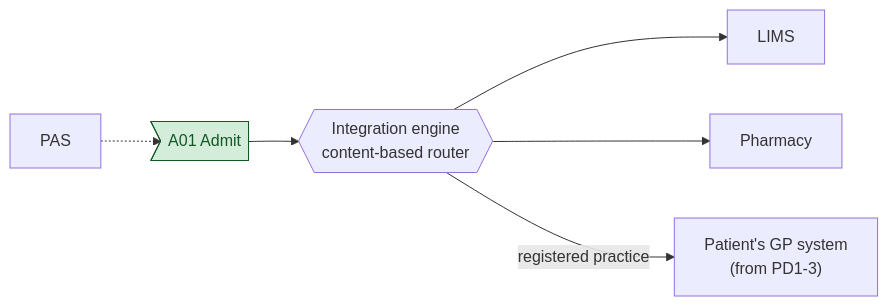
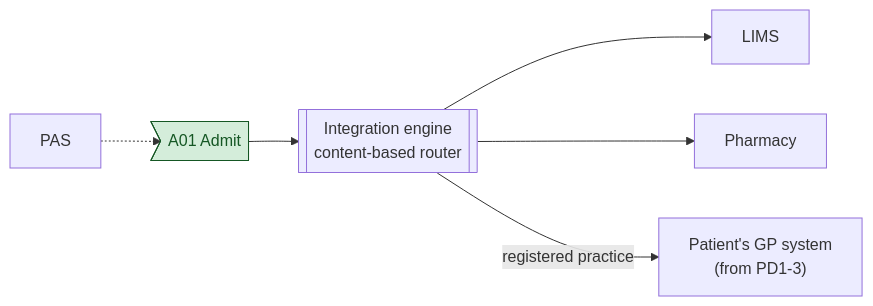
Before and after one commit to nw-gmsa/IHEUK-PAM-Unofficial: the eighth of 12 diagrams in input/pagecontent/overview.md, drawn with Mermaid. The commit also changed other lines of this file, not shown here.

First line of the commit message:
Fix overview Mermaid rendering

````diff
--- a/input/pagecontent/overview.md
+++ b/input/pagecontent/overview.md
@@ -312,15 +313,15 @@
 ```mermaid
 flowchart LR
     PAS["PAS"]
     EVT>"A01 Admit"]
-    TIE{{"Integration engine<br/>content-based router"}}
+    TIE[["Integration engine<br/>content-based router"]]
     LIMS["LIMS"]
     PHARM["Pharmacy"]
     GP["Patient's GP system<br/>(from PD1-3)"]
     PAS -.-> EVT --> TIE
     TIE --> LIMS
     TIE --> PHARM
     TIE -- "registered practice" --> GP
     classDef inscope fill:#d4edda,stroke:#155724,color:#155724
     class EVT inscope
 ```
````
